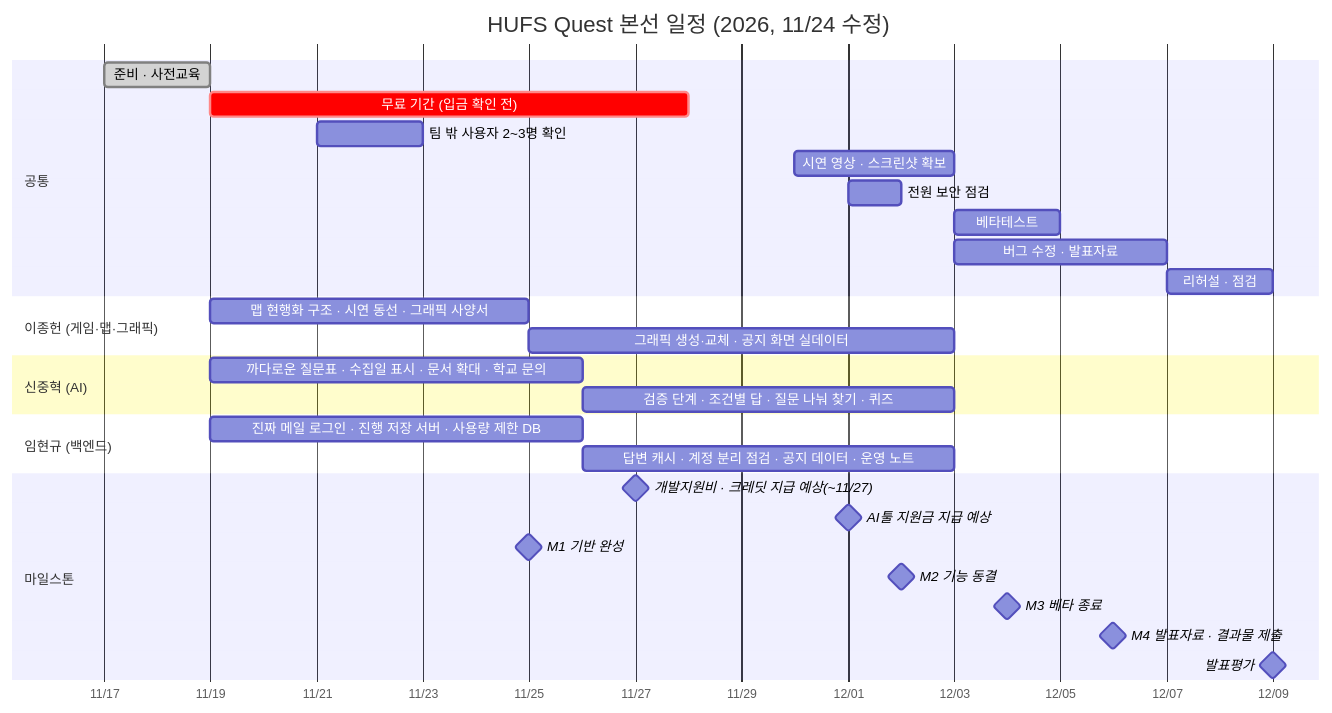
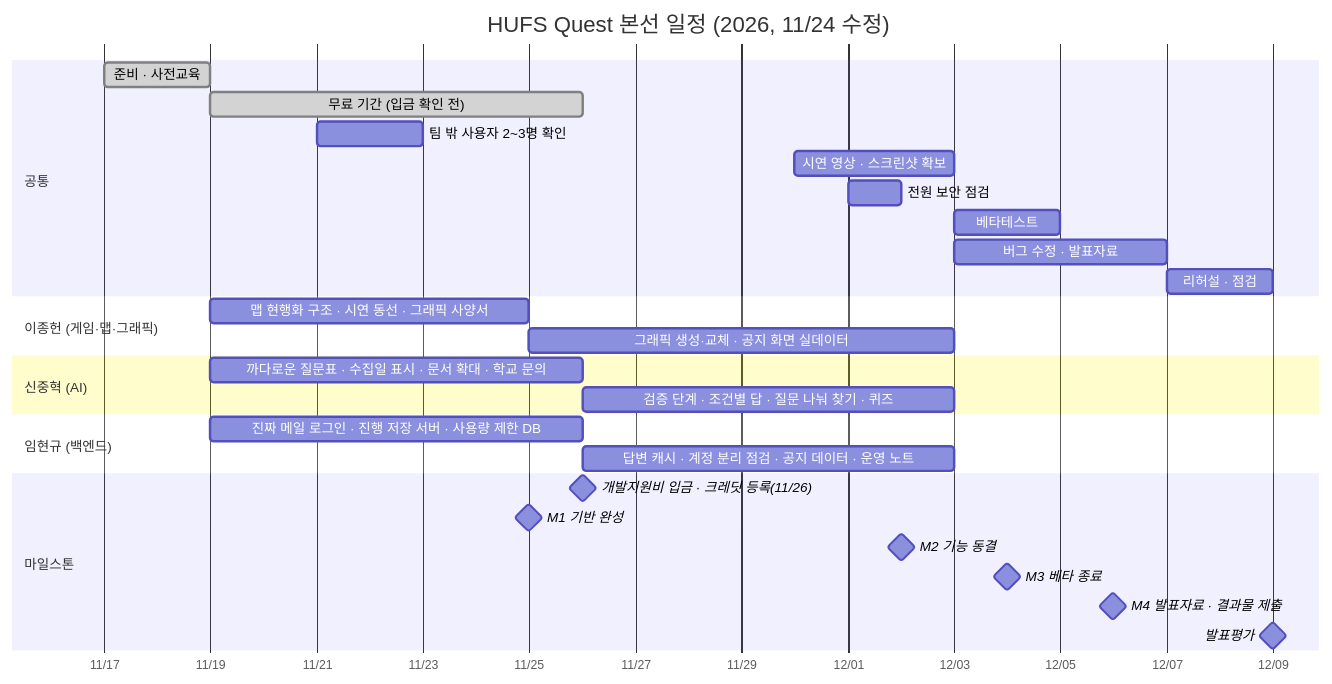
Before and after one commit to 202502859-source/hufs-quest: the diagram in docs/ROADMAP.md, drawn with Mermaid. The commit also changed other lines of this file and 6 other files, not shown here.

First line of the commit message:
docs: 11/26 개발지원비 입금·NCP 크레딧 등록 확인 반영

````diff
--- a/docs/ROADMAP.md
+++ b/docs/ROADMAP.md
@@ -18,38 +18,37 @@
 ```mermaid
 gantt
     title HUFS Quest 본선 일정 (2026, 11/24 수정)
     dateFormat YYYY-MM-DD
     axisFormat %m/%d
     todayMarker stroke-width:3px,stroke:#d33
 
     section 공통
     준비 · 사전교육              :done, prep, 2026-11-17, 2d
-    무료 기간 (입금 확인 전)      :crit, free, 2026-11-19, 9d
+    무료 기간 (입금 확인 전)      :done, free, 2026-11-19, 7d
     팀 밖 사용자 2~3명 확인       :user, 2026-11-21, 2d
     시연 영상 · 스크린샷 확보     :shot, 2026-11-30, 3d
     전원 보안 점검               :sec, 2026-12-01, 1d
     베타테스트                   :beta, 2026-12-03, 2d
     버그 수정 · 발표자료          :w3, 2026-12-03, 4d
     리허설 · 점검                :reh, 2026-12-07, 2d
 
     section 이종헌 (게임·맵·그래픽)
     맵 현행화 구조 · 시연 동선 · 그래픽 사양서   :j1, 2026-11-19, 6d
     그래픽 생성·교체 · 공지 화면 실데이터        :j2, 2026-11-25, 8d
 
     section 신중혁 (AI)
     까다로운 질문표 · 수집일 표시 · 문서 확대 · 학교 문의 :s1, 2026-11-19, 7d
     검증 단계 · 조건별 답 · 질문 나눠 찾기 · 퀴즈       :s2, 2026-11-26, 7d
 
     section 임현규 (백엔드)
     진짜 메일 로그인 · 진행 저장 서버 · 사용량 제한 DB  :h1, 2026-11-19, 7d
     답변 캐시 · 계정 분리 점검 · 공지 데이터 · 운영 노트 :h2, 2026-11-26, 7d
 
     section 마일스톤
-    개발지원비 · 크레딧 지급 예상(~11/27) :milestone, pay, 2026-11-27, 0d
-    AI툴 지원금 지급 예상        :milestone, aitool, 2026-12-01, 0d
+    개발지원비 입금 · 크레딧 등록(11/26) :milestone, pay, 2026-11-26, 0d
     M1 기반 완성                 :milestone, m1, 2026-11-25, 0d
     M2 기능 동결                 :milestone, m2, 2026-12-02, 0d
     M3 베타 종료                 :milestone, m3, 2026-12-04, 0d
     M4 발표자료 · 결과물 제출     :milestone, m4, 2026-12-06, 0d
     발표평가                     :milestone, demo, 2026-12-09, 0d
 ```
````
